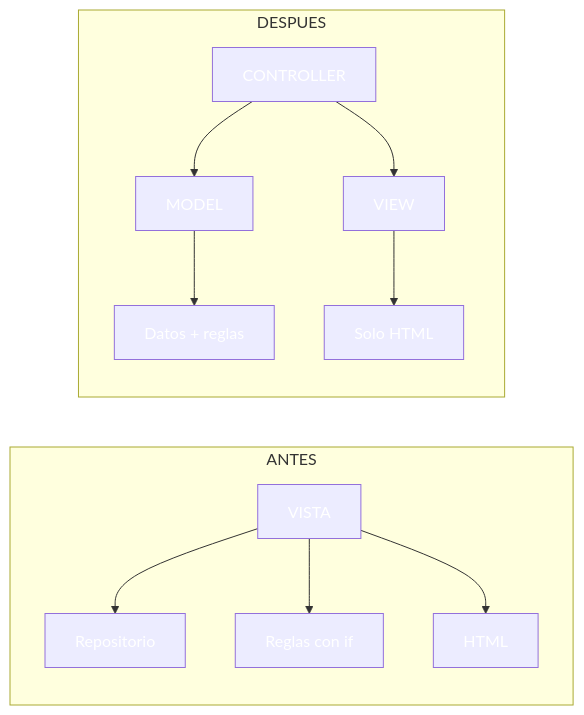
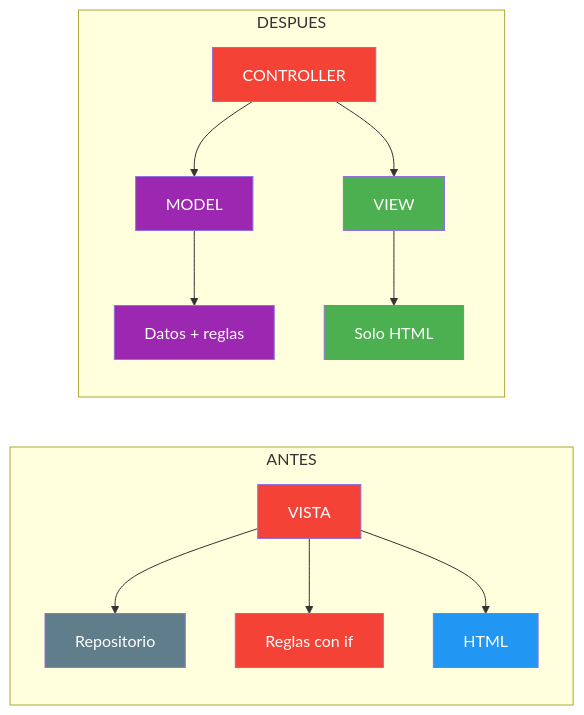
The third of 5 diagrams in 07-mvc-arquitectura.md (joseluisgs/DesarrolloWebEntornosServidor-03-2026-2027), drawn with Mermaid before and after one commit. The commit also changed other lines of this file and 25 other files, not shown here.

Commit message:
docs: corregir los estilos Mermaid de los temas y alinear el dominio del tema 25 con ProductosApp

````diff
--- a/07-mvc-arquitectura.md
+++ b/07-mvc-arquitectura.md
@@ -179,25 +179,25 @@
 ```mermaid
 graph LR
     subgraph ANTES
         A1["VISTA"] --> A2["Repositorio"]
         A1 --> A3["Reglas con if"]
         A1 --> A4["HTML"]
     end
 
     subgraph DESPUES
         B1["CONTROLLER"] --> B2["MODEL"]
         B2 --> B3["Datos + reglas"]
         B1 --> B4["VIEW"]
         B4 --> B5["Solo HTML"]
     end
 
-    style A1 fill:#f4433,color:#fff6,color:#fff
-    style A2 fill:#607D8,color:#fffB,color:#fff
-    style A3 fill:#f4433,color:#fff6,color:#fff
-    style A4 fill:#2196F,color:#fff3,color:#fff
-    style B1 fill:#f4433,color:#fff6,color:#fff
-    style B2 fill:#9C27B,color:#fff0,color:#fff
-    style B3 fill:#9C27B,color:#fff0,color:#fff
-    style B4 fill:#4CAF5,color:#fff0,color:#fff
-    style B5 fill:#4CAF5,color:#fff0,color:#fff
+    style A1 fill:#f44336,color:#fff
+    style A2 fill:#607D8B,color:#fff
+    style A3 fill:#f44336,color:#fff
+    style A4 fill:#2196F3,color:#fff
+    style B1 fill:#f44336,color:#fff
+    style B2 fill:#9C27B0,color:#fff
+    style B3 fill:#9C27B0,color:#fff
+    style B4 fill:#4CAF50,color:#fff
+    style B5 fill:#4CAF50,color:#fff
 ```
````
